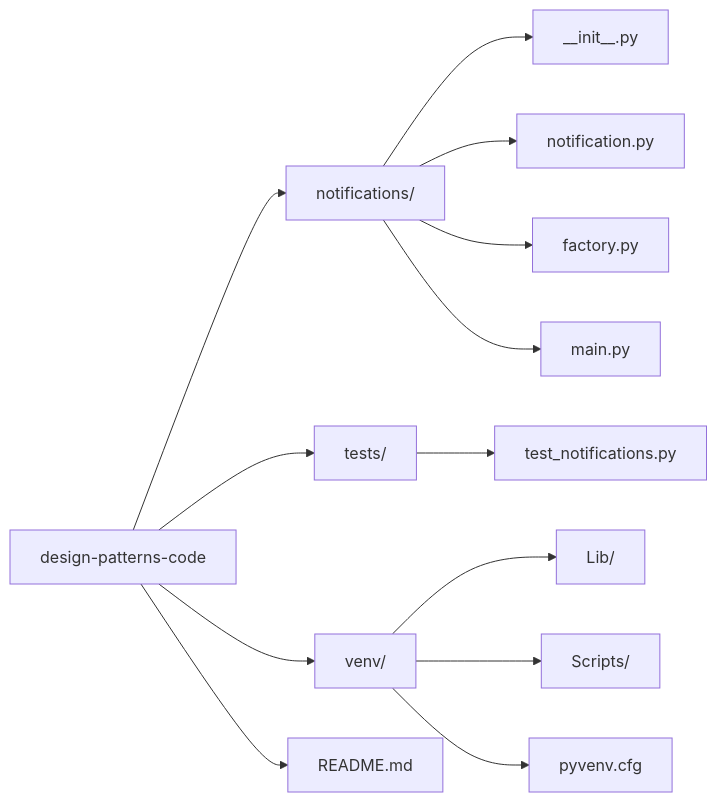
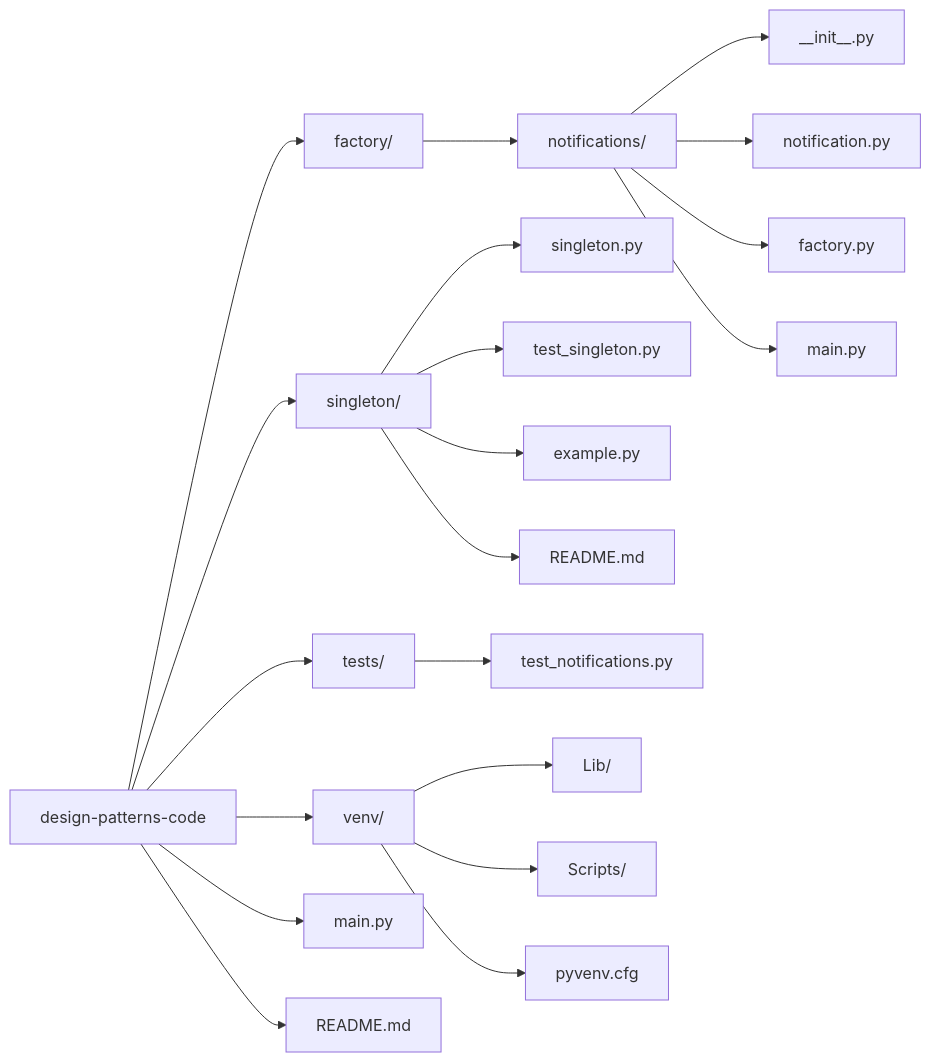
The diagram in factory/notifications/README.md (nathasjafink/Design-Patterns-Code-Examples), drawn with Mermaid before and after one commit.

Commit message:
added to diagram

````diff
--- a/factory/notifications/README.md
+++ b/factory/notifications/README.md
@@ -12,20 +12,28 @@
 ```mermaid
 graph LR
     A[design-patterns-code]
     
-    A --> B[notifications/]
-    B --> B1[__init__.py]
-    B --> B2[notification.py]
-    B --> B3[factory.py]
-    B --> B4[main.py]
+    A --> B[factory/]
+    B --> B5[notifications/]
+    B5 --> B51[__init__.py]
+    B5 --> B52[notification.py]
+    B5 --> B53[factory.py]
+    B5 --> B54[main.py]
+    
+    A --> E[singleton/]
+    E --> E1[singleton.py]
+    E --> E2[test_singleton.py]
+    E --> E3[example.py]
+    E --> E4[README.md]
 
     A --> C[tests/]
     C --> C1[test_notifications.py]
 
     A --> D[venv/]
     D --> D1[Lib/]
     D --> D2[Scripts/]
     D --> D3[pyvenv.cfg]
 
-    A --> E[README.md]
+    A --> F[main.py]
+    A --> G[README.md]
 ```    
````
